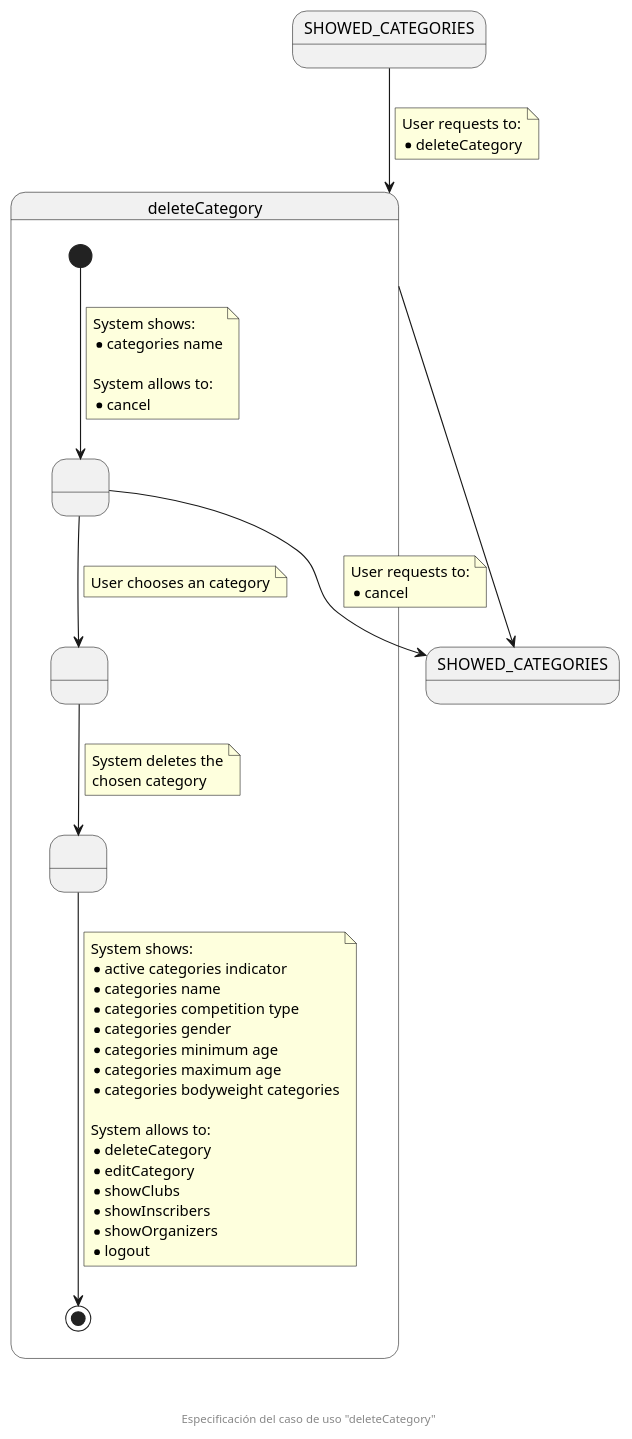
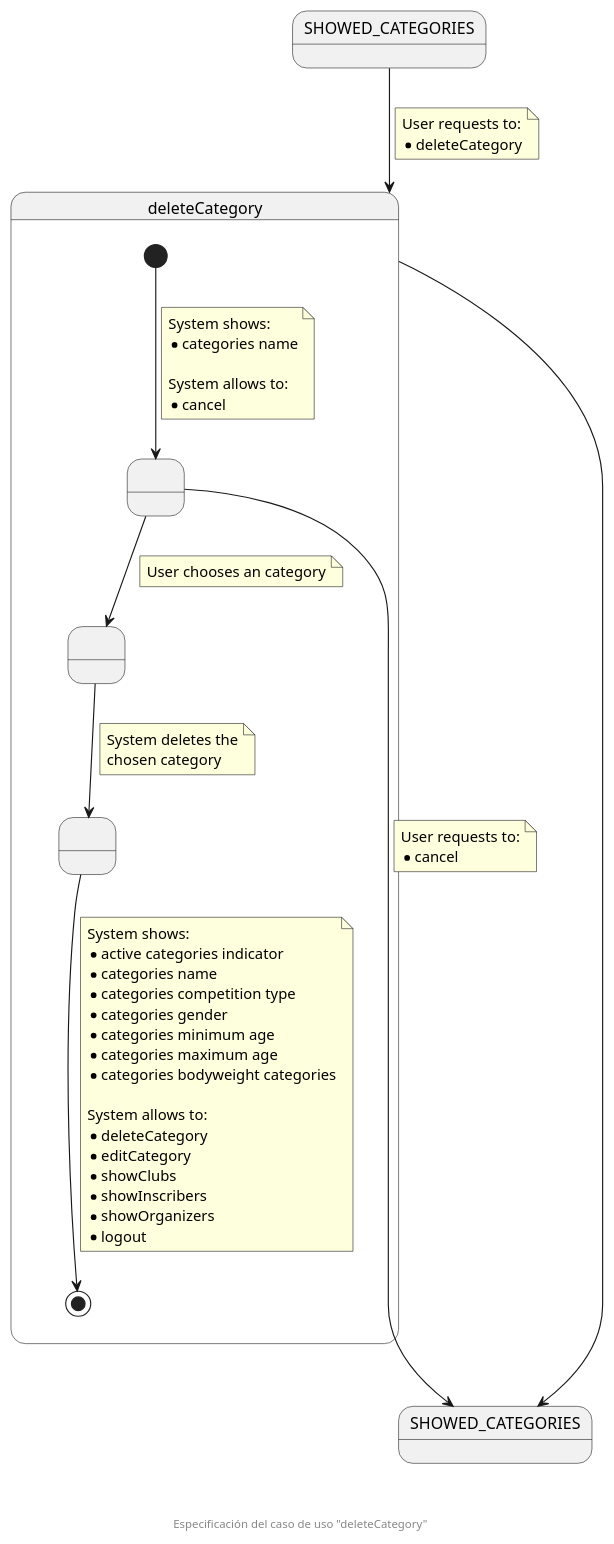
One commit to zuldare/mastercloud_pfm_halterocms changed the diagram in documentation/diagrams/1_requirements/3_useCasesSpecification/organizationSecretary/02_deleteCategory.puml. Above: the diagram before and after it, drawn with PlantUML. The commit also changed 6 other files, not shown here.

```diff
--- a/documentation/diagrams/1_requirements/3_useCasesSpecification/organizationSecretary/02_deleteCategory.puml
+++ b/documentation/diagrams/1_requirements/3_useCasesSpecification/organizationSecretary/02_deleteCategory.puml
@@ -1,65 +1,65 @@
 @startuml
 state SHOWED_CATEGORIES
 state "SHOWED_CATEGORIES" as SHOWED_CATEGORIES_F
 state deleteCategory {
   state " " as SHOWED_CATEGORIES_TO_BE_DELETED
   state " " as CHOSEN_CATEGORY
   state " " as CATEGORY_DELETED
 
   [*] --> SHOWED_CATEGORIES_TO_BE_DELETED
   note on link
     System shows:
     * categories name
 
     System allows to:
     * cancel
   end note
   
   SHOWED_CATEGORIES_TO_BE_DELETED --> CHOSEN_CATEGORY
   note on link
     User chooses an category
   end note
 
-  SHOWED_CATEGORIES_TO_BE_DELETED --> SHOWED_CATEGORIES_F
+  SHOWED_CATEGORIES_TO_BE_DELETED -down-> SHOWED_CATEGORIES_F
   note on link
     User requests to:
     * cancel
   end note
 
   CHOSEN_CATEGORY --> CATEGORY_DELETED
   note on link
     System deletes the
     chosen category
   end note
 
   CATEGORY_DELETED --> [*]
   note on link
     System shows:
     * active categories indicator
     * categories name
     * categories competition type
     * categories gender
     * categories minimum age
     * categories maximum age
     * categories bodyweight categories
 
     System allows to:
     * deleteCategory
     * editCategory
     * showClubs
     * showInscribers
     * showOrganizers
     * logout
   end note
 }
 
 SHOWED_CATEGORIES --> deleteCategory
 note on link
   User requests to:
   * deleteCategory
 end note
 
-deleteCategory --> SHOWED_CATEGORIES_F
+deleteCategory ------> SHOWED_CATEGORIES_F
 
 footer \n\n\n Especificación del caso de uso "deleteCategory"
 @enduml
```
